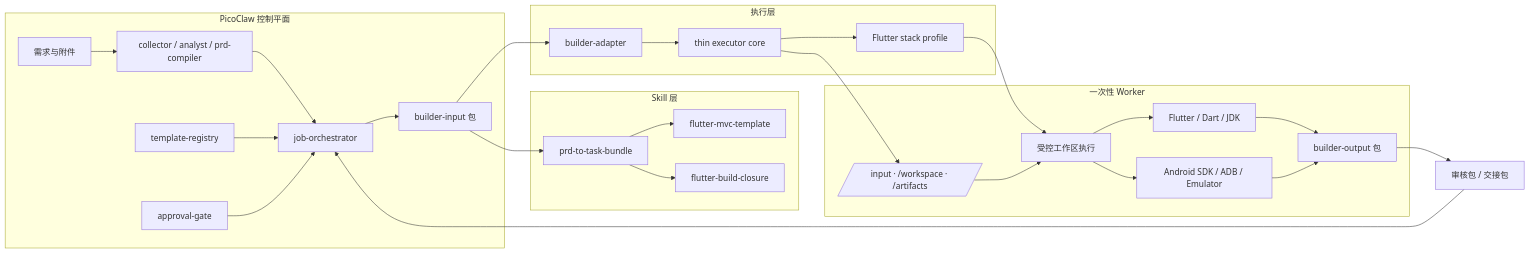
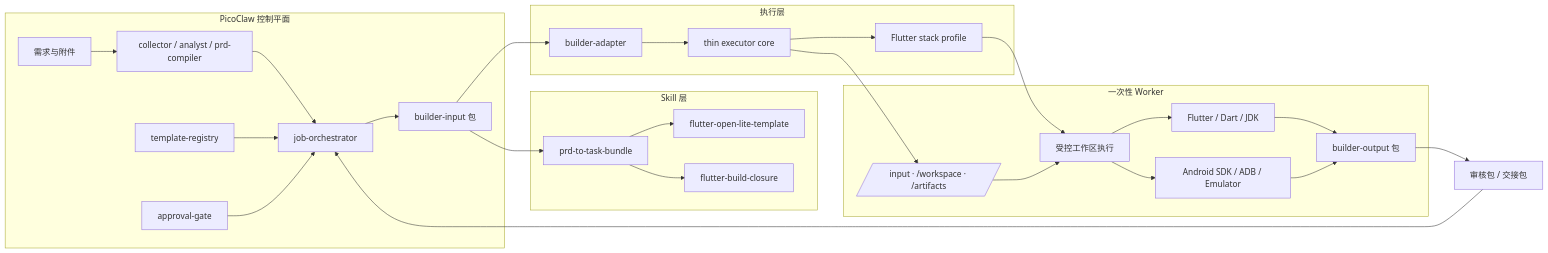
One commit to kkroid/picoclaw changed the diagram in docs/design/demand-to-android-app-platform.zh.md. Above: the diagram before and after it, drawn with Mermaid. The commit also changed other lines of this file and 1 other file, not shown here.

````diff
--- a/docs/design/demand-to-android-app-platform.zh.md
+++ b/docs/design/demand-to-android-app-platform.zh.md
@@ -573,50 +641,50 @@
 ```mermaid
 flowchart LR
 	subgraph PicoClaw["PicoClaw 控制平面"]
 		demand[需求与附件]
 		roles[collector / analyst / prd-compiler]
 		registry[template-registry]
 		orchestrator[job-orchestrator]
 		approval[approval-gate]
 		inputpkg[builder-input 包]
 		demand --> roles --> orchestrator
 		registry --> orchestrator
 		approval --> orchestrator
 		orchestrator --> inputpkg
 	end
 
 	subgraph Skills["Skill 层"]
-		templateSkill[flutter-mvc-template]
+		templateSkill[flutter-open-lite-template]
 		bundleSkill[prd-to-task-bundle]
 		closureSkill[flutter-build-closure]
 		inputpkg --> bundleSkill
 		bundleSkill --> templateSkill
 		bundleSkill --> closureSkill
 	end
 
 	subgraph Execution["执行层"]
 		adapter[builder-adapter]
 		executor[thin executor core]
 		profile[Flutter stack profile]
 		inputpkg --> adapter --> executor
 		executor --> profile
 	end
 
 	subgraph Worker["一次性 Worker"]
 		mounts[/input · /workspace · /artifacts/]
 		runtime[受控工作区执行]
 		toolchain[Flutter / Dart / JDK]
 		android[Android SDK / ADB / Emulator]
 		outputpkg[builder-output 包]
 		executor --> mounts
 		profile --> runtime
 		mounts --> runtime
 		runtime --> toolchain
 		runtime --> android
 		toolchain --> outputpkg
 		android --> outputpkg
 	end
 
 	outputpkg --> review[审核包 / 交接包]
 	review --> orchestrator
 ```
````
